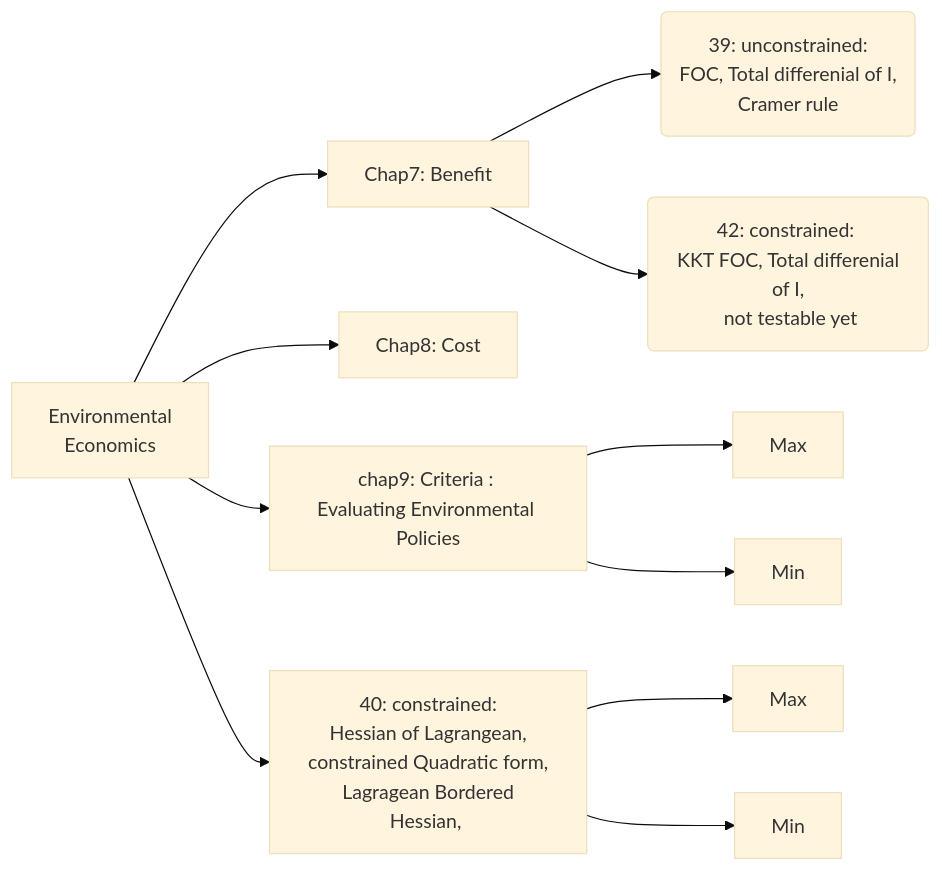
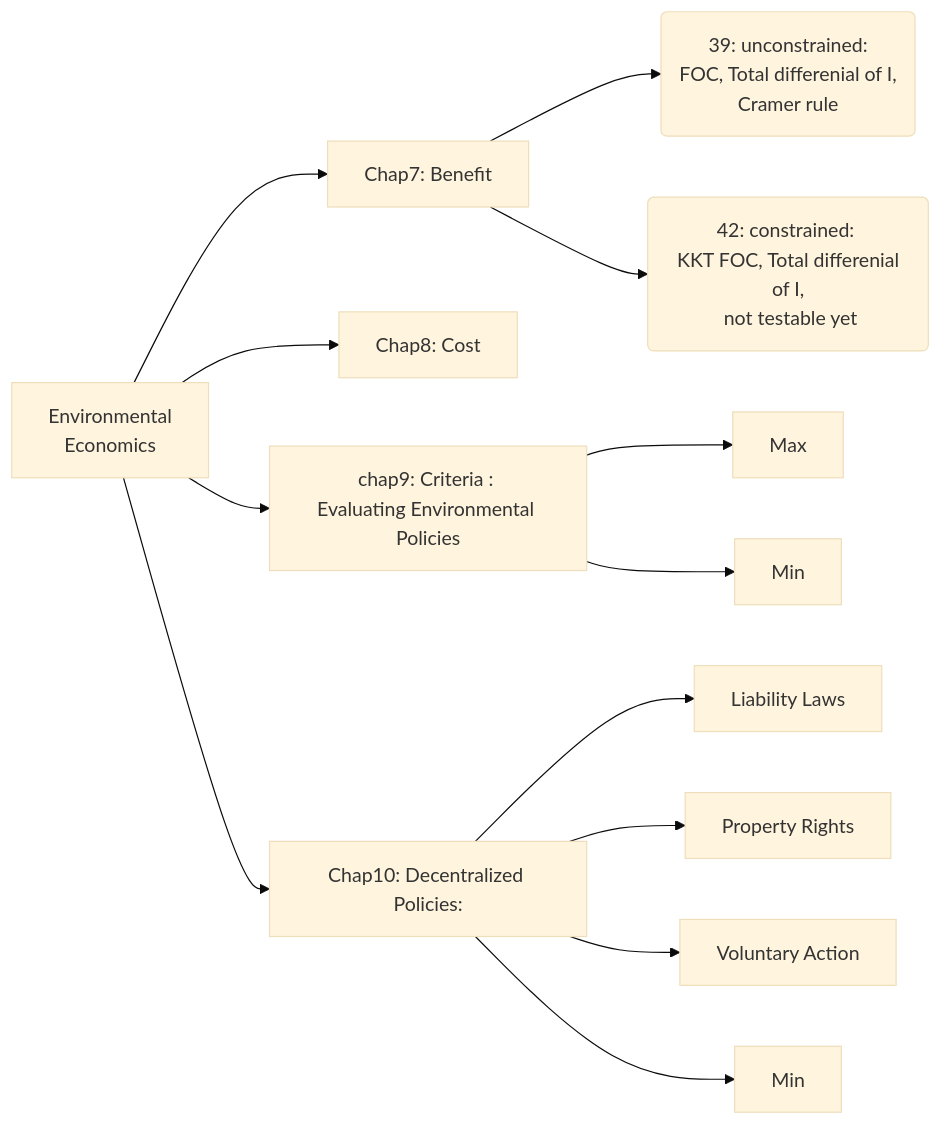
One commit to snowdj/ECON changed the diagram in _posts/2017-04-13-381-final-2017.md. Above: the diagram before and after it, drawn with Mermaid (base theme).

```diff
--- a/_posts/2017-04-13-381-final-2017.md
+++ b/_posts/2017-04-13-381-final-2017.md
@@ -22,14 +22,16 @@
 <div class="mermaid">
 graph LR
       id0[Environmental <br> Economics]-->id1[Chap7: Benefit]
       id0[Environmental <br> Economics]-->id2[Chap8: Cost]
       id0[Environmental <br> Economics]-->id3[chap9: Criteria : <br>Evaluating Environmental Policies]
-      id0[Environmental <br> Economics]-->id4[40: constrained:<br> Hessian of Lagrangean, <br>constrained Quadratic form,<br> Lagragean Bordered Hessian, <br> ]
+      id0[Environmental <br> Economics]-->id4[Chap10: Decentralized Policies:]
      id3-->id5[Max]
      id3-->id6[Min]
-     id4-->Max
+     id4-->id9[Liability Laws]
+     id4-->id10[Property Rights]
+     id4-->id11[Voluntary Action]
      id4-->Min
      id1-->id7(39: unconstrained:<br> FOC, Total differenial of I,<br> Cramer rule  )
      id1-->id8(42: constrained: <br> KKT FOC, Total differenial of I,<br> not testable yet)
      
  </div>
```
